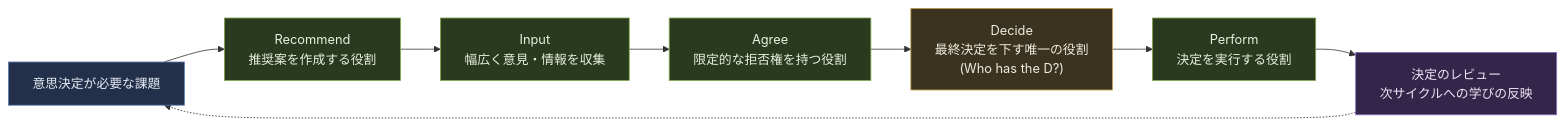
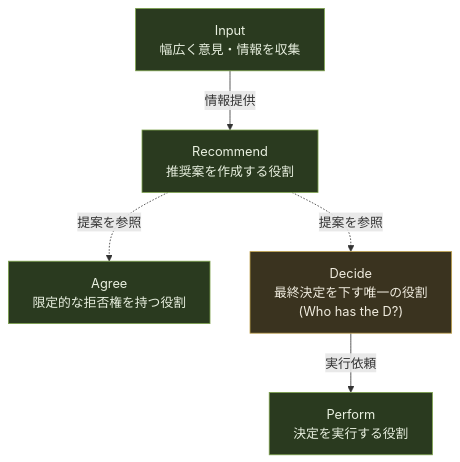
Before and after one commit to myoshi2891/Management-Team-Building-Studies: the sixth of 6 diagrams in Cal2-part2-developing-as-a-leader.md, drawn with Mermaid. The commit also changed other lines of this file and 1 other file, not shown here.

Commit message:
fix(diagram): convert RAPID flowcharts from serial to role-relation diagrams
Cal2-certified-agile-leader-2-study-guide.md (lines 446-452):
  - Replaced flowchart LR serial flow with graph TD role-relation diagram
  - Retained only Input->Recommend (info provision) and Decide->Perform
    (execution) as solid arrows; Agree and Decide shown as dashed
    references to Recommend to avoid implying fixed execution order

Cal2-part2-developing-as-a-leader.md (lines 510-530):
  - Removed serial-order arrows including Recommend->Input direction
  - Removed start node and review-loop; kept same role responsibility
    structure with classDef styles preserved
  - Both diagrams now represent role relationships, not workflow steps

````diff
--- a/Cal2-part2-developing-as-a-leader.md
+++ b/Cal2-part2-developing-as-a-leader.md
@@ -512,19 +512,18 @@
 ```mermaid
-flowchart LR
-    A["意思決定が必要な課題"] --> R["Recommend<br/>推奨案を作成する役割"]
-    R --> I["Input<br/>幅広く意見・情報を収集"]
-    I --> AG["Agree<br/>限定的な拒否権を持つ役割"]
-    AG --> D["Decide<br/>最終決定を下す唯一の役割<br/>(Who has the D?)"]
-    D --> P["Perform<br/>決定を実行する役割"]
-    P --> RV["決定のレビュー<br/>次サイクルへの学びの反映"]
-    RV -.-> A
+graph TD
+    I["Input<br/>幅広く意見・情報を収集"]
+    R["Recommend<br/>推奨案を作成する役割"]
+    AG["Agree<br/>限定的な拒否権を持つ役割"]
+    D["Decide<br/>最終決定を下す唯一の役割<br/>(Who has the D?)"]
+    P["Perform<br/>決定を実行する役割"]
 
-    classDef start fill:#22304a,stroke:#5b7fb5,color:#e6ecf5
+    I -->|情報提供| R
+    R -.->|提案を参照| AG
+    R -.->|提案を参照| D
+    D -->|実行依頼| P
+
     classDef role fill:#2a3a1f,stroke:#7ea34d,color:#e9f0e0
     classDef decide fill:#3a331f,stroke:#c0a24d,color:#f0ecdf
-    classDef review fill:#33264a,stroke:#8a6bbf,color:#ece5f5
-    class A start
     class R,I,AG,P role
     class D decide
-    class RV review
 ```
````
